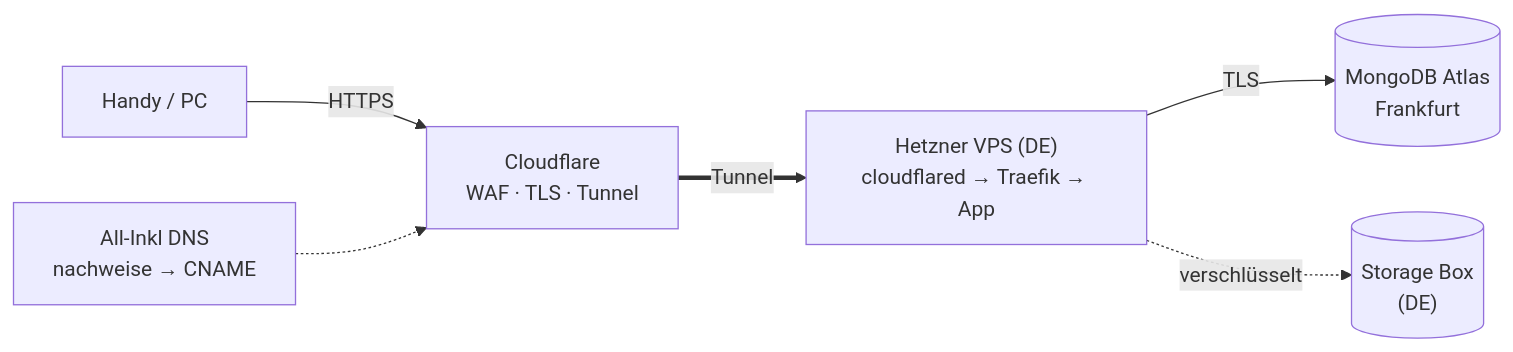
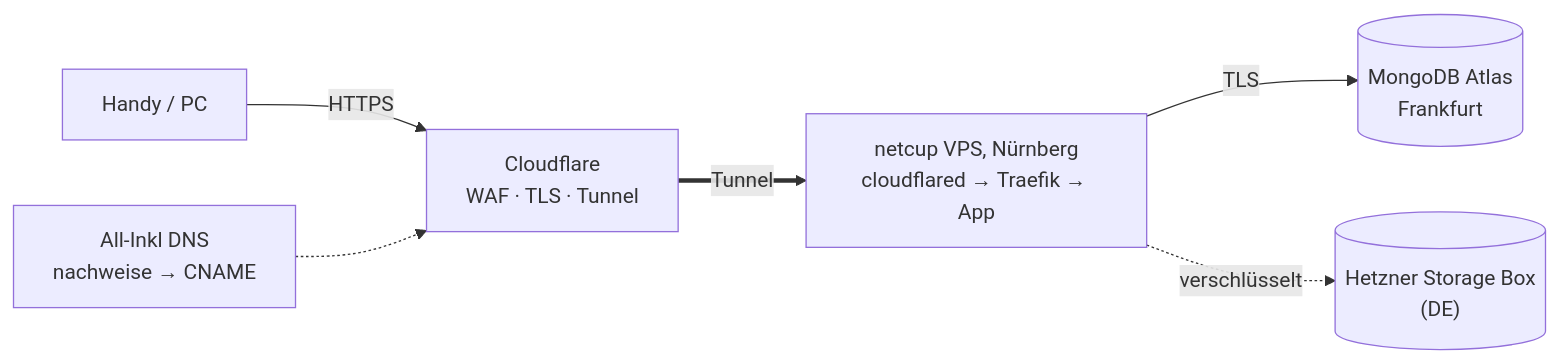
Before and after one commit to mbay-ODW/vibez-betrieb: the diagram in README.md, drawn with Mermaid. The commit also changed other lines of this file and 12 other files, not shown here.

````diff
--- a/README.md
+++ b/README.md
@@ -12,8 +12,8 @@
 ```mermaid
 flowchart LR
     U["Handy / PC"] -- HTTPS --> CF["Cloudflare<br/>WAF · TLS · Tunnel"]
     DNS["All-Inkl DNS<br/>nachweise → CNAME"] -.-> CF
-    CF == Tunnel ==> VPS["Hetzner VPS (DE)<br/>cloudflared → Traefik → App"]
+    CF == Tunnel ==> VPS["netcup VPS, Nürnberg<br/>cloudflared → Traefik → App"]
     VPS -- TLS --> DB[("MongoDB Atlas<br/>Frankfurt")]
-    VPS -. "verschlüsselt" .-> SB[("Storage Box<br/>(DE)")]
+    VPS -. "verschlüsselt" .-> SB[("Hetzner Storage Box<br/>(DE)")]
 ```
````
